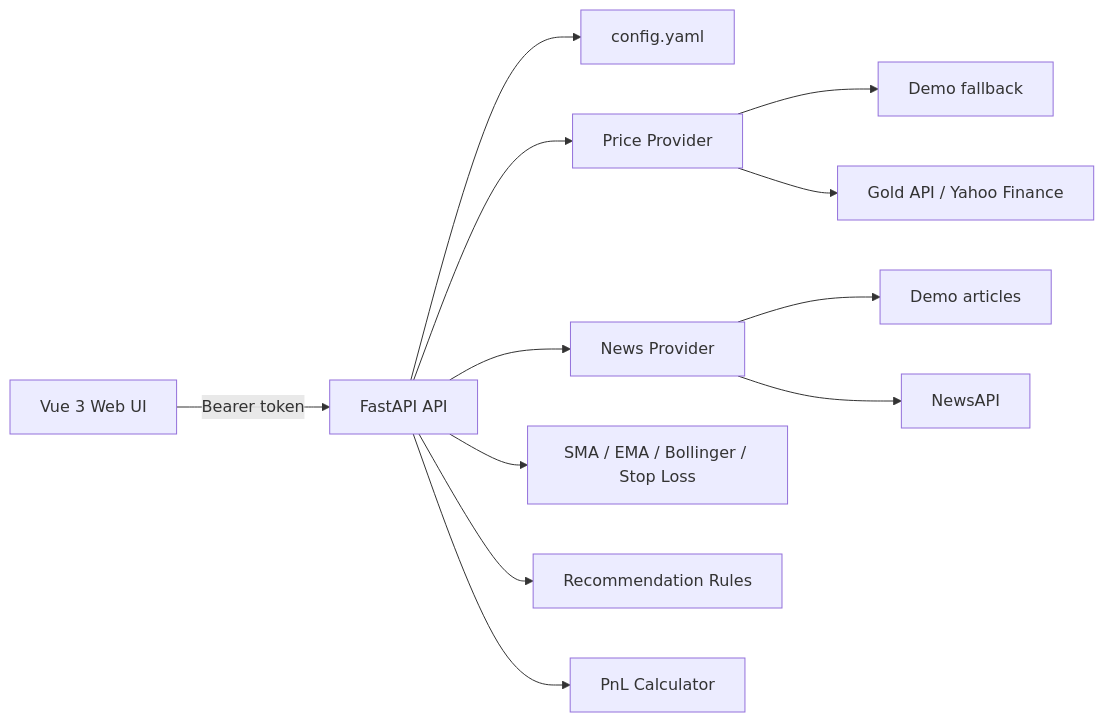
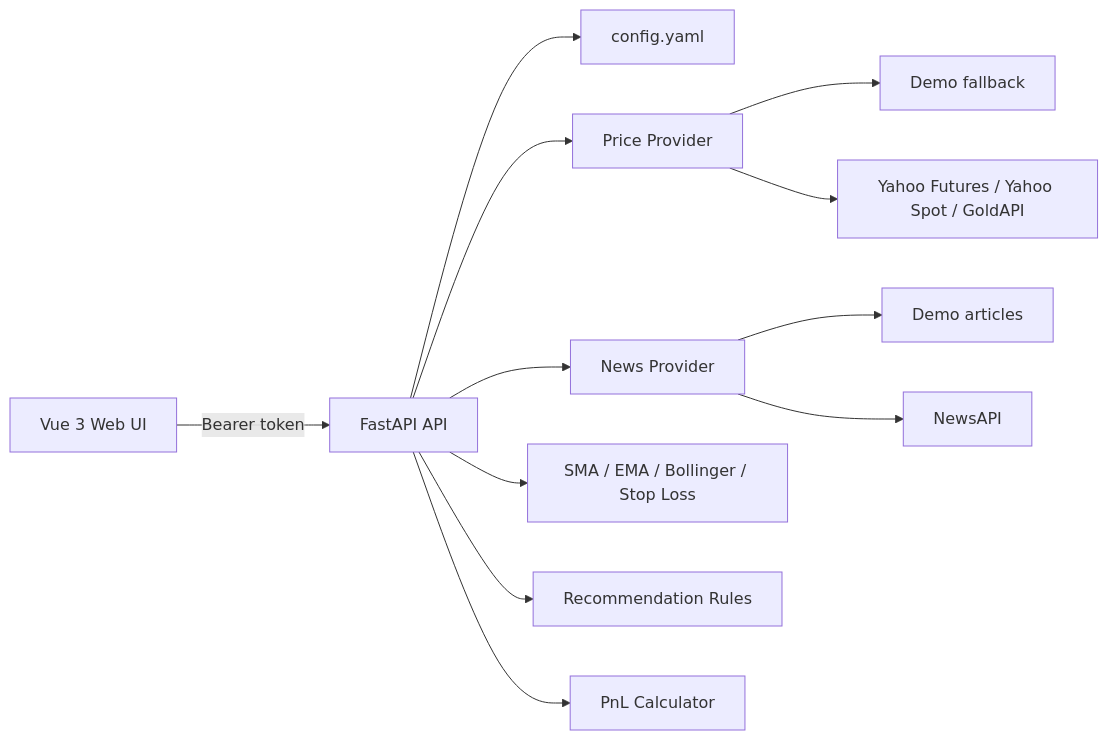
Before and after one commit to wangyaruo/gold-analysis-web: the diagram in docs/ARCHITECTURE.md, drawn with Mermaid. The commit also changed other lines of this file and 11 other files, not shown here.

````diff
--- a/docs/ARCHITECTURE.md
+++ b/docs/ARCHITECTURE.md
@@ -3,14 +3,14 @@
 ```mermaid
 flowchart LR
   Browser["Vue 3 Web UI"] -->|Bearer token| API["FastAPI API"]
   API --> Config["config.yaml"]
   API --> PriceProvider["Price Provider"]
   API --> NewsProvider["News Provider"]
   PriceProvider --> Demo["Demo fallback"]
-  PriceProvider --> GoldAPI["Gold API / Yahoo Finance"]
+  PriceProvider --> MarketFeeds["Yahoo Futures / Yahoo Spot / GoldAPI"]
   NewsProvider --> DemoNews["Demo articles"]
   NewsProvider --> NewsAPI["NewsAPI"]
   API --> Indicators["SMA / EMA / Bollinger / Stop Loss"]
   API --> Decision["Recommendation Rules"]
   API --> PnL["PnL Calculator"]
 ```
````
